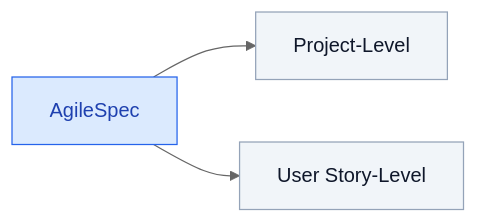
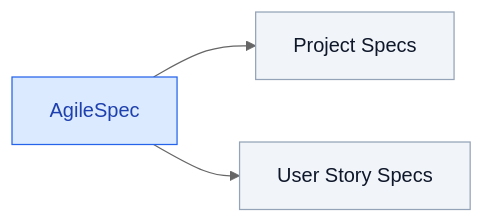
The first of 7 diagrams in README.md (mtov/AgileSpec), drawn with Mermaid (neutral theme) before and after one commit. The commit also changed other lines of this file, not shown here.

Commit message:
Refine AgileSpec terminology and story workflow

````diff
--- a/README.md
+++ b/README.md
@@ -26,12 +33,12 @@
 ```mermaid
 flowchart LR
     A["AgileSpec"]
-    A --> P["Project-Level"]
-    A --> S["User Story-Level"]
+    A --> P["Project Specs"]
+    A --> S["User Story Specs"]
 
     classDef root fill:#dbeafe,stroke:#2563eb,color:#1e40af
     classDef level fill:#f1f5f9,stroke:#94a3b8,color:#0f172a
 
     class A root
     class P,S level
 ```
````
